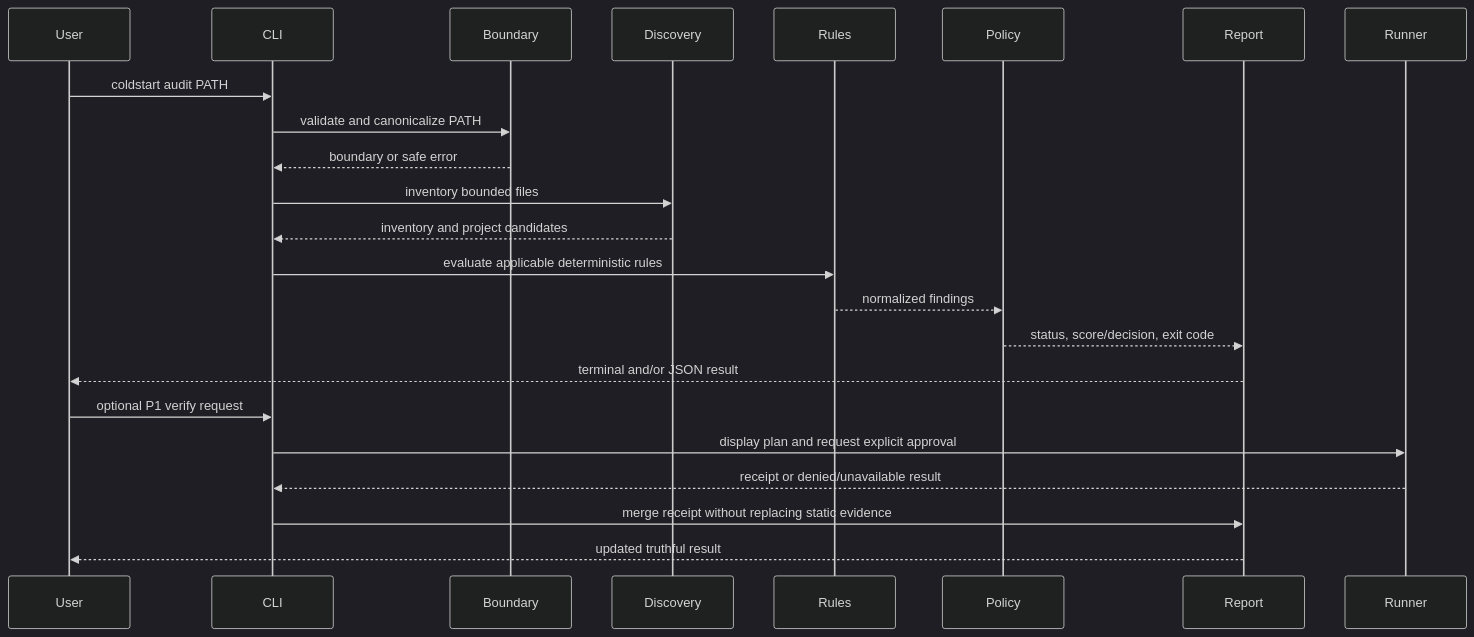
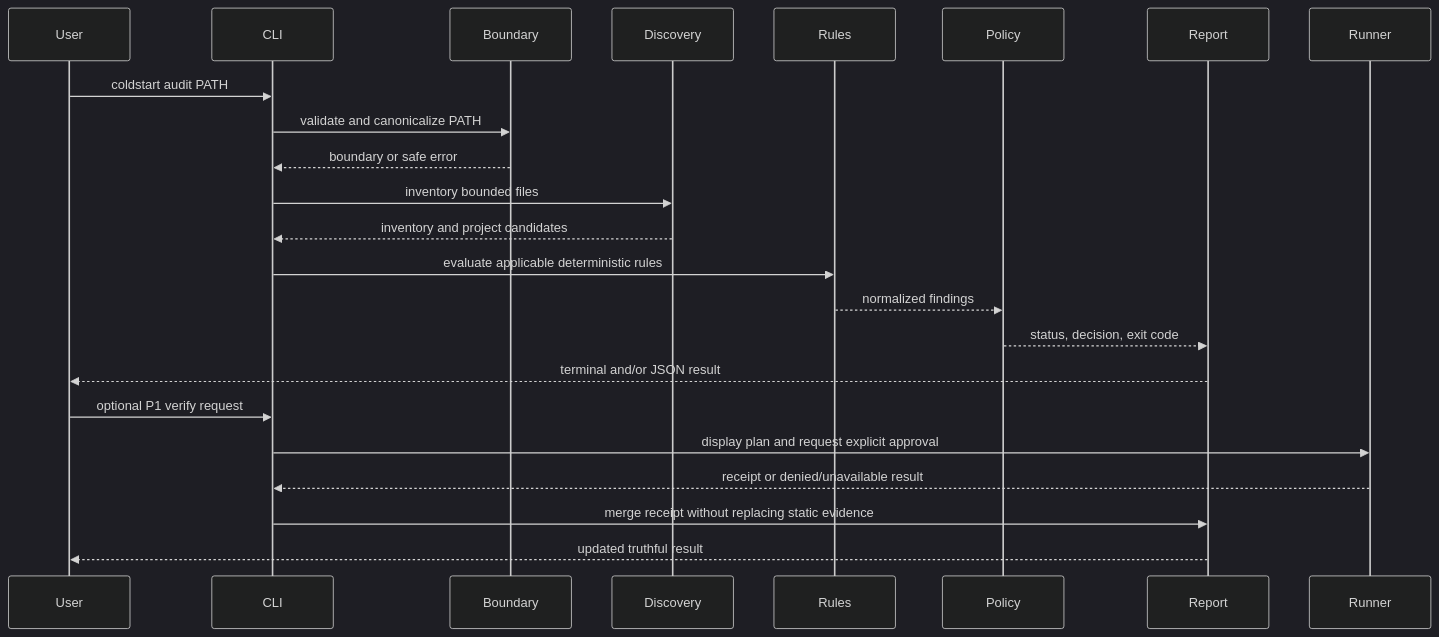
Before and after one commit to krishnapal2116-collab/ColdStart: the second of 2 diagrams in docs/03_SYSTEM_ARCHITECTURE.md, drawn with Mermaid (dark theme). The commit also changed other lines of this file and 15 other files, not shown here.

Commit message:
docs: add advanced improvement roadmap

````diff
--- a/docs/03_SYSTEM_ARCHITECTURE.md
+++ b/docs/03_SYSTEM_ARCHITECTURE.md
@@ -52,26 +53,26 @@
 ```mermaid
 sequenceDiagram
     participant User
     participant CLI
     participant Boundary
     participant Discovery
     participant Rules
     participant Policy
     participant Report
     participant Runner
 
     User->>CLI: coldstart audit PATH
     CLI->>Boundary: validate and canonicalize PATH
     Boundary-->>CLI: boundary or safe error
     CLI->>Discovery: inventory bounded files
     Discovery-->>CLI: inventory and project candidates
     CLI->>Rules: evaluate applicable deterministic rules
     Rules-->>Policy: normalized findings
-    Policy-->>Report: status, score/decision, exit code
+    Policy-->>Report: status, decision, exit code
     Report-->>User: terminal and/or JSON result
     User->>CLI: optional P1 verify request
     CLI->>Runner: display plan and request explicit approval
     Runner-->>CLI: receipt or denied/unavailable result
     CLI->>Report: merge receipt without replacing static evidence
     Report-->>User: updated truthful result
 ```
````
